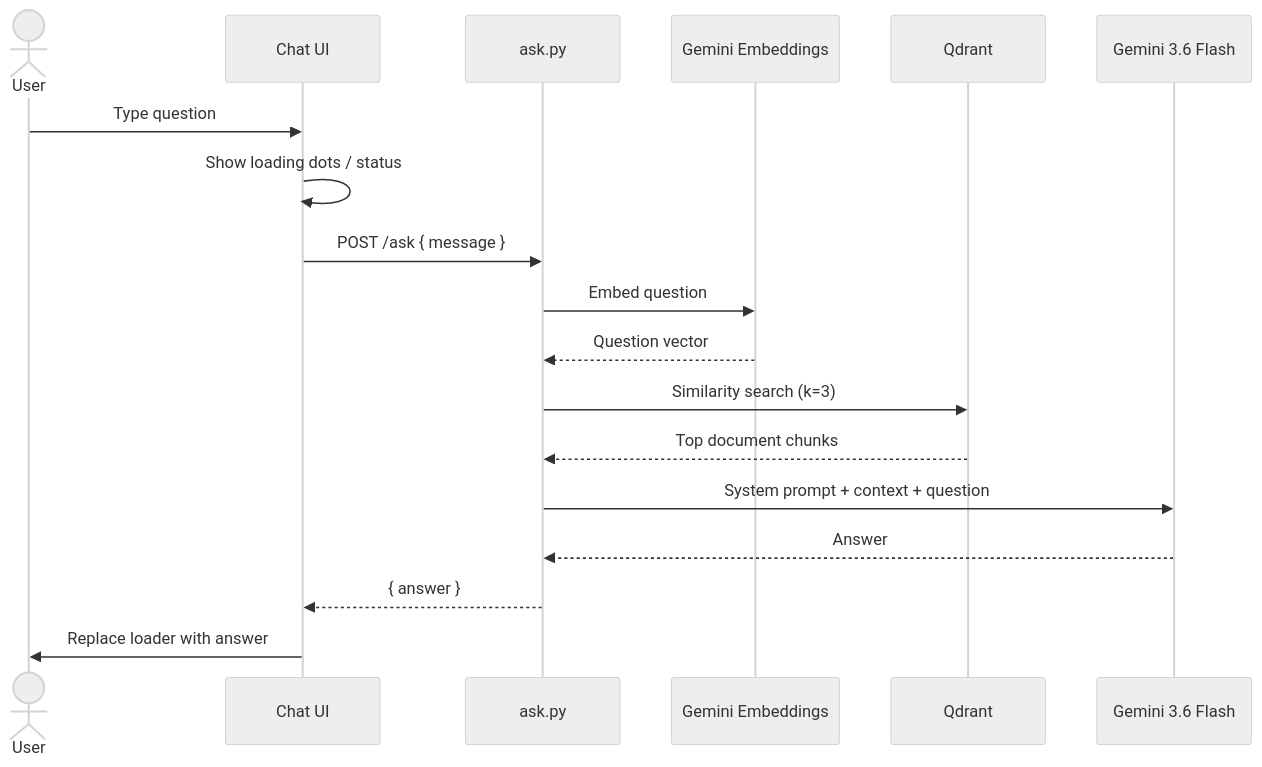
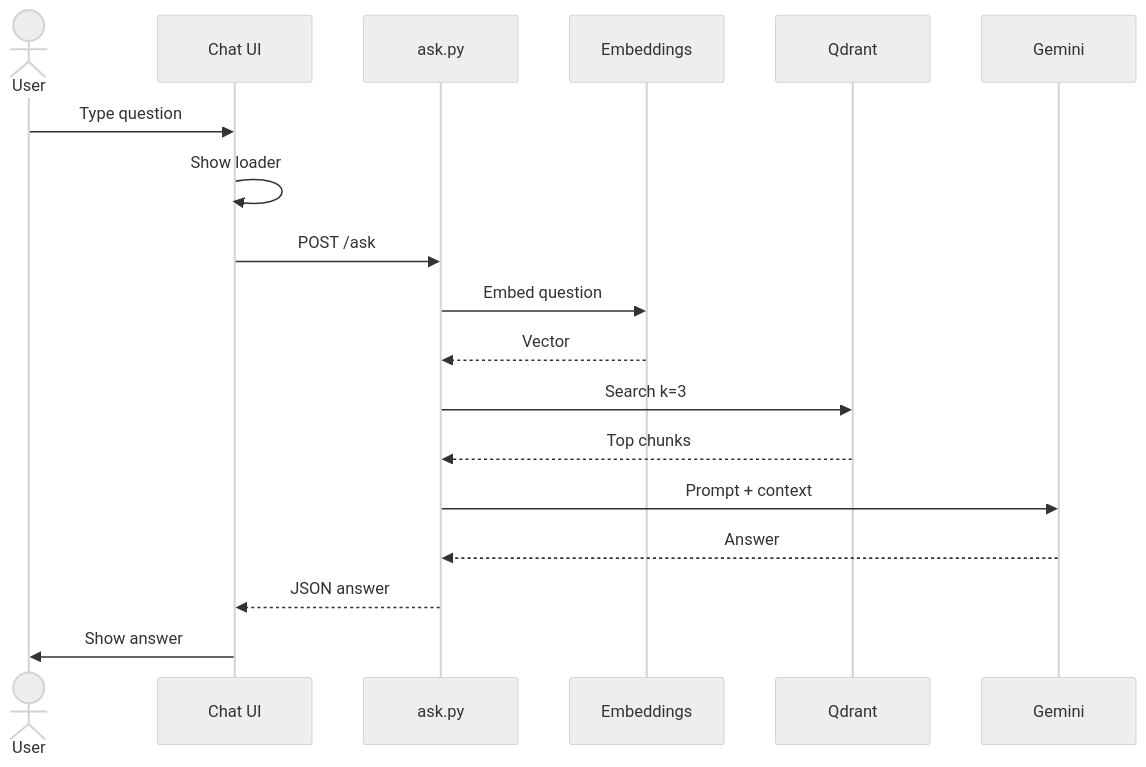
Before and after one commit to pushpendraf31/fxhive-rag: the fifth of 5 diagrams in README.md, drawn with Mermaid (neutral theme). The commit also changed other lines of this file, not shown here.

````diff
--- a/README.md
+++ b/README.md
@@ -206,21 +257,21 @@
 ```mermaid
 sequenceDiagram
   actor User
   participant UI as Chat UI
-  participant Ask as ask.py
-  participant Emb as Gemini Embeddings
+  participant API as ask.py
+  participant Emb as Embeddings
   participant QD as Qdrant
-  participant LLM as Gemini 3.6 Flash
+  participant LLM as Gemini
 
   User->>UI: Type question
-  UI->>UI: Show loading dots / status
-  UI->>Ask: POST /ask { message }
-  Ask->>Emb: Embed question
-  Emb-->>Ask: Question vector
-  Ask->>QD: Similarity search (k=3)
-  QD-->>Ask: Top document chunks
-  Ask->>LLM: System prompt + context + question
-  LLM-->>Ask: Answer
-  Ask-->>UI: { answer }
-  UI->>User: Replace loader with answer
+  UI->>UI: Show loader
+  UI->>API: POST /ask
+  API->>Emb: Embed question
+  Emb-->>API: Vector
+  API->>QD: Search k=3
+  QD-->>API: Top chunks
+  API->>LLM: Prompt + context
+  LLM-->>API: Answer
+  API-->>UI: JSON answer
+  UI->>User: Show answer
 ```
````
